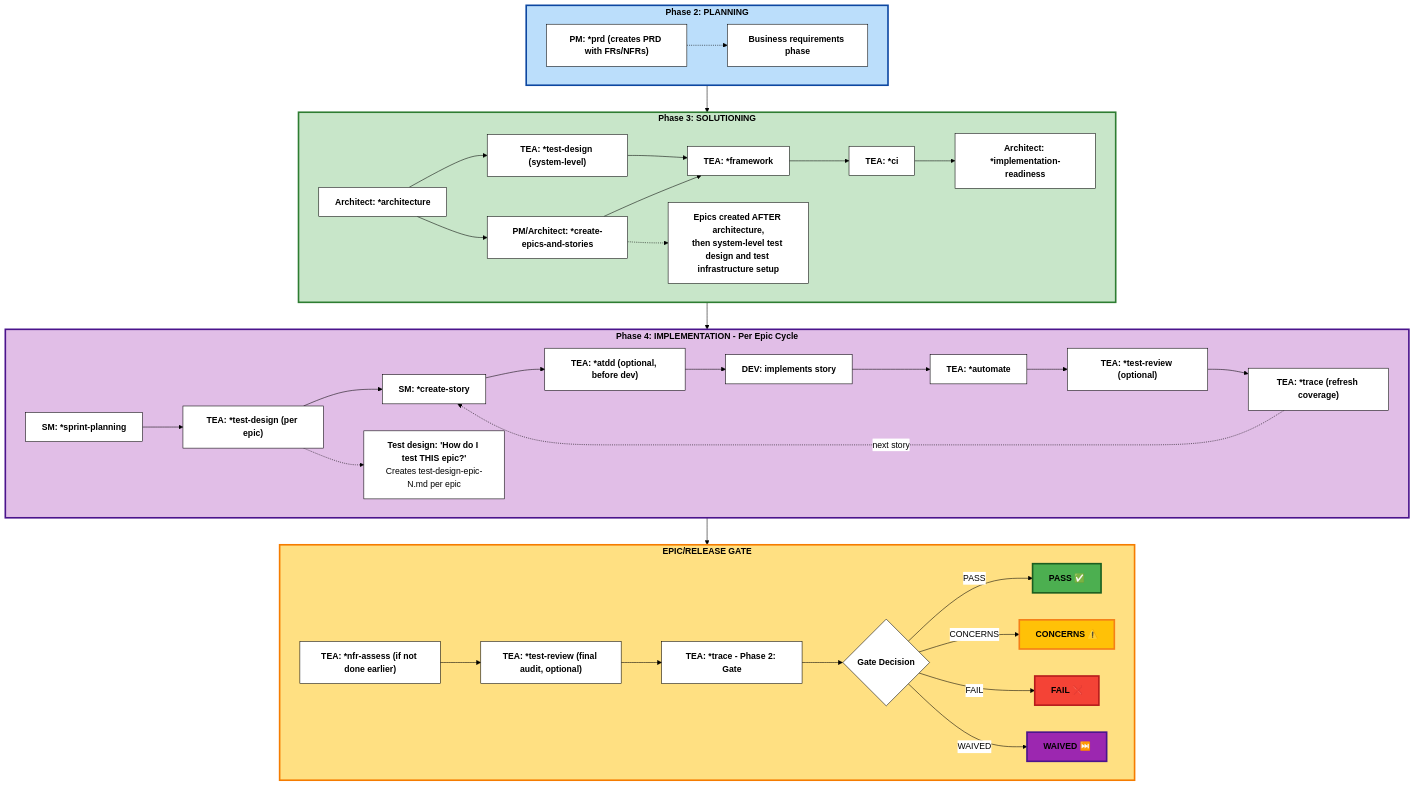
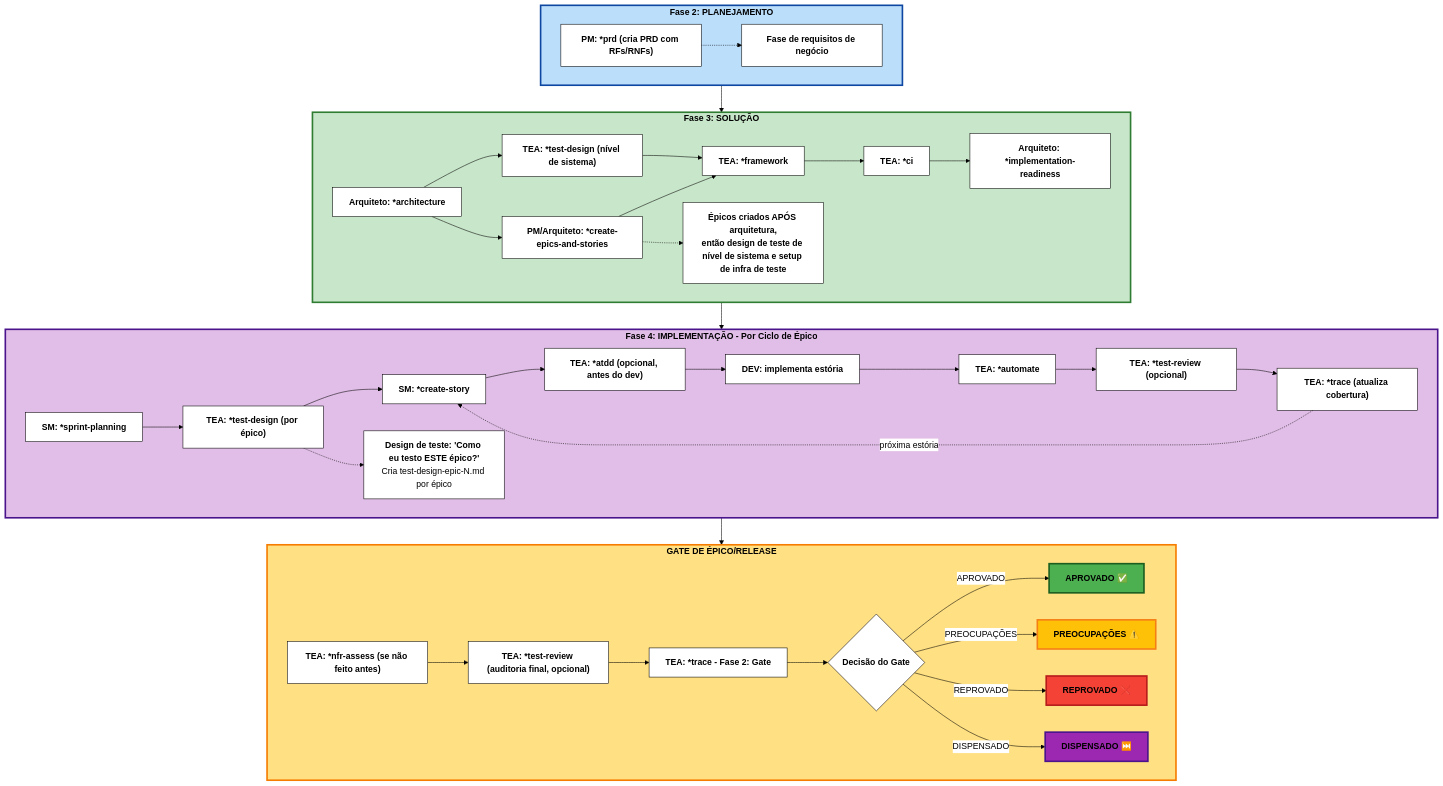
The diagram in _bmad/bmm/docs/test-architecture_pt-br.md (helton-godoy/template-bmad), drawn with Mermaid before and after one commit. The commit also changed other lines of this file and 11 other files, not shown here.

````diff
--- a/_bmad/bmm/docs/test-architecture_pt-br.md
+++ b/_bmad/bmm/docs/test-architecture_pt-br.md
@@ -17,77 +17,76 @@
 ```mermaid
 %%{init: {'theme':'base', 'themeVariables': { 'primaryColor':'#fff','primaryTextColor':'#000','primaryBorderColor':'#000','lineColor':'#000','secondaryColor':'#fff','tertiaryColor':'#fff','fontSize':'16px','fontFamily':'arial'}}}%%
 graph TB
-    subgraph Phase2["<b>Phase 2: PLANNING</b>"]
-        PM["<b>PM: *prd (creates PRD with FRs/NFRs)</b>"]
-        PlanNote["<b>Business requirements phase</b>"]
+    subgraph Phase2["<b>Fase 2: PLANEJAMENTO</b>"]
+        PM["<b>PM: *prd (cria PRD com RFs/RNFs)</b>"]
+        PlanNote["<b>Fase de requisitos de negócio</b>"]
         PM -.-> PlanNote
     end
 
-    subgraph Phase3["<b>Phase 3: SOLUTIONING</b>"]
-        Architecture["<b>Architect: *architecture</b>"]
-        EpicsStories["<b>PM/Architect: *create-epics-and-stories</b>"]
-        TestDesignSys["<b>TEA: *test-design (system-level)</b>"]
+    subgraph Phase3["<b>Fase 3: SOLUÇÃO</b>"]
+        Architecture["<b>Arquiteto: *architecture</b>"]
+        EpicsStories["<b>PM/Arquiteto: *create-epics-and-stories</b>"]
+        TestDesignSys["<b>TEA: *test-design (nível de sistema)</b>"]
         Framework["<b>TEA: *framework</b>"]
         CI["<b>TEA: *ci</b>"]
-        GateCheck["<b>Architect: *implementation-readiness</b>"]
+        GateCheck["<b>Arquiteto: *implementation-readiness</b>"]
         Architecture --> EpicsStories
         Architecture --> TestDesignSys
         TestDesignSys --> Framework
         EpicsStories --> Framework
         Framework --> CI
         CI --> GateCheck
-        Phase3Note["<b>Epics created AFTER architecture,</b><br/><b>then system-level test design and test infrastructure setup</b>"]
+        Phase3Note["<b>Épicos criados APÓS arquitetura,</b><br/><b>então design de teste de nível de sistema e setup de infra de teste</b>"]
         EpicsStories -.-> Phase3Note
     end
 
-    subgraph Phase4["<b>Phase 4: IMPLEMENTATION - Per Epic Cycle</b>"]
+    subgraph Phase4["<b>Fase 4: IMPLEMENTAÇÃO - Por Ciclo de Épico</b>"]
         SprintPlan["<b>SM: *sprint-planning</b>"]
-        TestDesign["<b>TEA: *test-design (per epic)</b>"]
+        TestDesign["<b>TEA: *test-design (por épico)</b>"]
         CreateStory["<b>SM: *create-story</b>"]
-        ATDD["<b>TEA: *atdd (optional, before dev)</b>"]
-        DevImpl["<b>DEV: implements story</b>"]
+        ATDD["<b>TEA: *atdd (opcional, antes do dev)</b>"]
+        DevImpl["<b>DEV: implementa estória</b>"]
         Automate["<b>TEA: *automate</b>"]
-        TestReview1["<b>TEA: *test-review (optional)</b>"]
-        Trace1["<b>TEA: *trace (refresh coverage)</b>"]
+        TestReview1["<b>TEA: *test-review (opcional)</b>"]
+        Trace1["<b>TEA: *trace (atualiza cobertura)</b>"]
 
         SprintPlan --> TestDesign
         TestDesign --> CreateStory
         CreateStory --> ATDD
         ATDD --> DevImpl
         DevImpl --> Automate
         Automate --> TestReview1
         TestReview1 --> Trace1
-        Trace1 -.->|next story| CreateStory
-        TestDesignNote["<b>Test design: 'How do I test THIS epic?'</b><br/>Creates test-design-epic-N.md per epic"]
+        Trace1 -.->|próxima estória| CreateStory
+        TestDesignNote["<b>Design de teste: 'Como eu testo ESTE épico?'</b><br/>Cria test-design-epic-N.md por épico"]
         TestDesign -.-> TestDesignNote
     end
 
-    subgraph Gate["<b>EPIC/RELEASE GATE</b>"]
-        NFR["<b>TEA: *nfr-assess (if not done earlier)</b>"]
-        TestReview2["<b>TEA: *test-review (final audit, optional)</b>"]
-        TraceGate["<b>TEA: *trace - Phase 2: Gate</b>"]
-        GateDecision{"<b>Gate Decision</b>"}
+    subgraph Gate["<b>GATE DE ÉPICO/RELEASE</b>"]
+        NFR["<b>TEA: *nfr-assess (se não feito antes)</b>"]
+        TestReview2["<b>TEA: *test-review (auditoria final, opcional)</b>"]
+        TraceGate["<b>TEA: *trace - Fase 2: Gate</b>"]
+        GateDecision{"<b>Decisão do Gate</b>"}
 
         NFR --> TestReview2
         TestReview2 --> TraceGate
         TraceGate --> GateDecision
-        GateDecision -->|PASS| Pass["<b>PASS ✅</b>"]
-        GateDecision -->|CONCERNS| Concerns["<b>CONCERNS ⚠️</b>"]
-        GateDecision -->|FAIL| Fail["<b>FAIL ❌</b>"]
-        GateDecision -->|WAIVED| Waived["<b>WAIVED ⏭️</b>"]
+        GateDecision -->|APROVADO| Pass["<b>APROVADO ✅</b>"]
+        GateDecision -->|PREOCUPAÇÕES| Concerns["<b>PREOCUPAÇÕES ⚠️</b>"]
+        GateDecision -->|REPROVADO| Fail["<b>REPROVADO ❌</b>"]
+        GateDecision -->|DISPENSADO| Waived["<b>DISPENSADO ⏭️</b>"]
     end
 
     Phase2 --> Phase3
     Phase3 --> Phase4
     Phase4 --> Gate
 
     style Phase2 fill:#bbdefb,stroke:#0d47a1,stroke-width:3px,color:#000
     style Phase3 fill:#c8e6c9,stroke:#2e7d32,stroke-width:3px,color:#000
     style Phase4 fill:#e1bee7,stroke:#4a148c,stroke-width:3px,color:#000
     style Gate fill:#ffe082,stroke:#f57c00,stroke-width:3px,color:#000
     style Pass fill:#4caf50,stroke:#1b5e20,stroke-width:3px,color:#000
     style Concerns fill:#ffc107,stroke:#f57f17,stroke-width:3px,color:#000
     style Fail fill:#f44336,stroke:#b71c1c,stroke-width:3px,color:#000
     style Waived fill:#9c27b0,stroke:#4a148c,stroke-width:3px,color:#000
-
 ```
````
